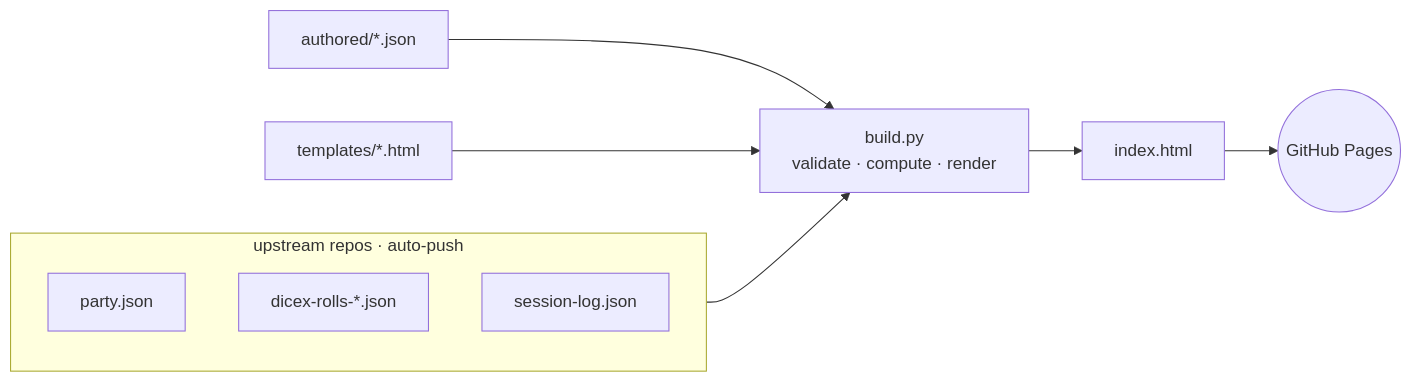
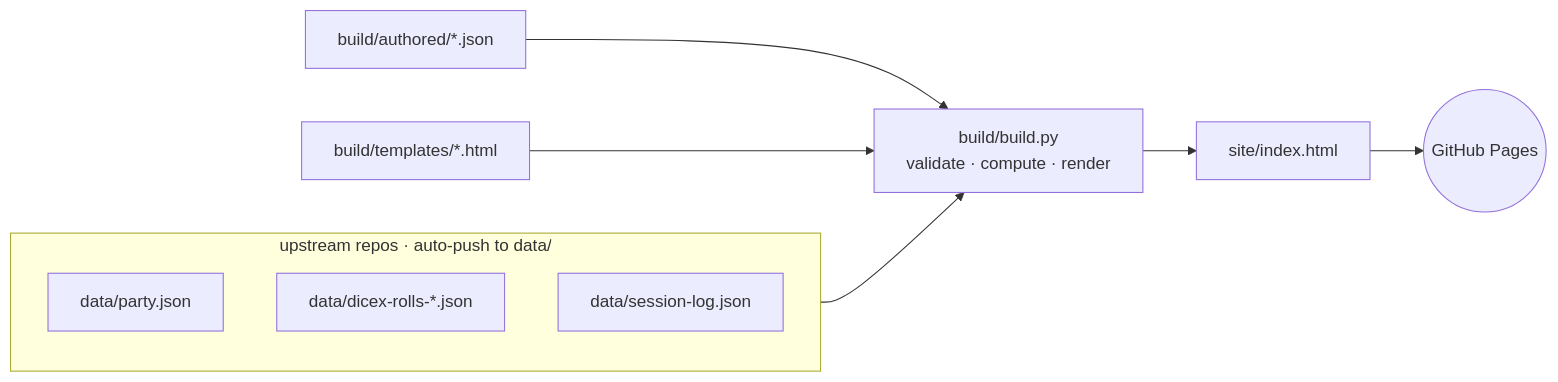
One commit to abottchen/dnd-data changed the first of 2 diagrams in README.md. Above: the diagram before and after it, drawn with Mermaid. The commit also changed other lines of this file and 35 other files, not shown here.

First line of the commit message:
(maint) Reorganize repo into data/, build/, and site/ directories

````diff
--- a/README.md
+++ b/README.md
@@ -15,14 +15,14 @@
 ```mermaid
 flowchart LR
-    subgraph up [upstream repos · auto-push]
+    subgraph up [upstream repos · auto-push to data/]
       direction TB
-      P1[party.json]
-      P2[dicex-rolls-*.json]
-      P3[session-log.json]
+      P1[data/party.json]
+      P2[data/dicex-rolls-*.json]
+      P3[data/session-log.json]
     end
     up --> B
-    A[authored/*.json] --> B
-    T[templates/*.html] --> B
-    B["build.py<br/>validate · compute · render"] --> I[index.html]
+    A[build/authored/*.json] --> B
+    T[build/templates/*.html] --> B
+    B["build/build.py<br/>validate · compute · render"] --> I[site/index.html]
     I --> GH((GitHub Pages))
 ```
````
